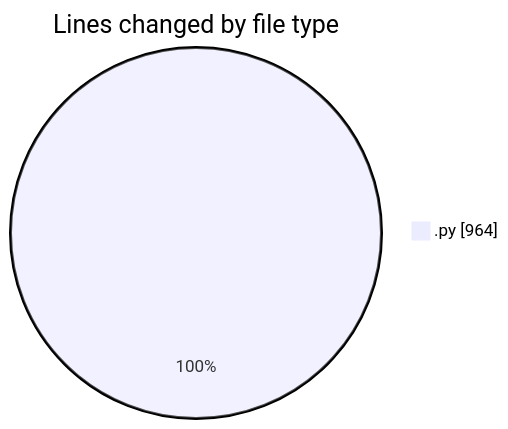
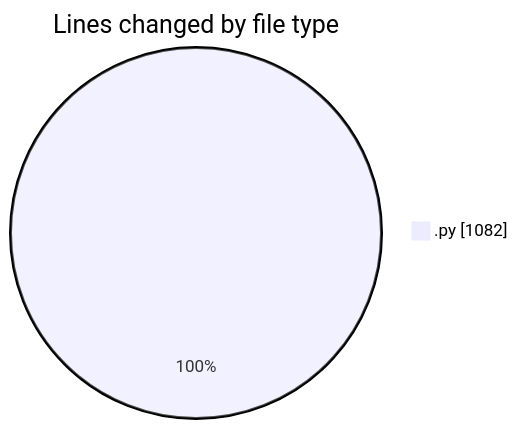
Before and after one commit to FelipKnott/code-tracking: the first of 2 diagrams in 2025-07-02/cursor/README.md, drawn with Mermaid. The commit also changed other lines of this file and 1 other file, not shown here.

````diff
--- a/2025-07-02/cursor/README.md
+++ b/2025-07-02/cursor/README.md
@@ -23,5 +23,5 @@
 ```mermaid
 pie showData
 title Lines changed by file type
-".py" : 964
+".py" : 1082
 ```
````
